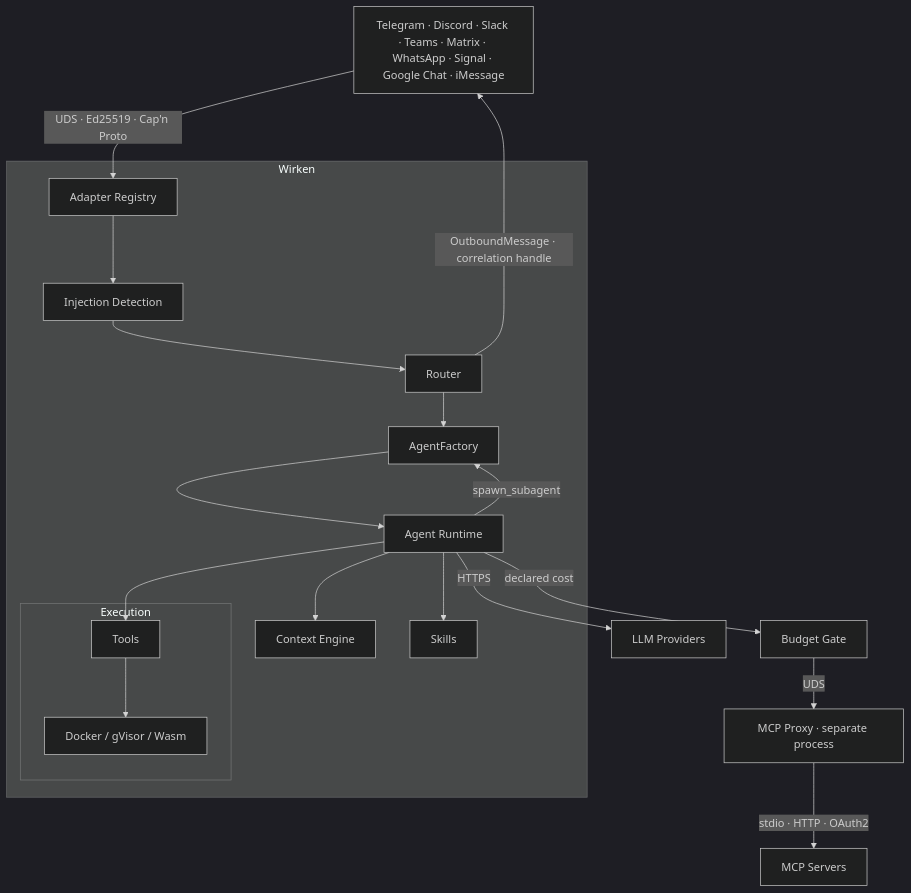
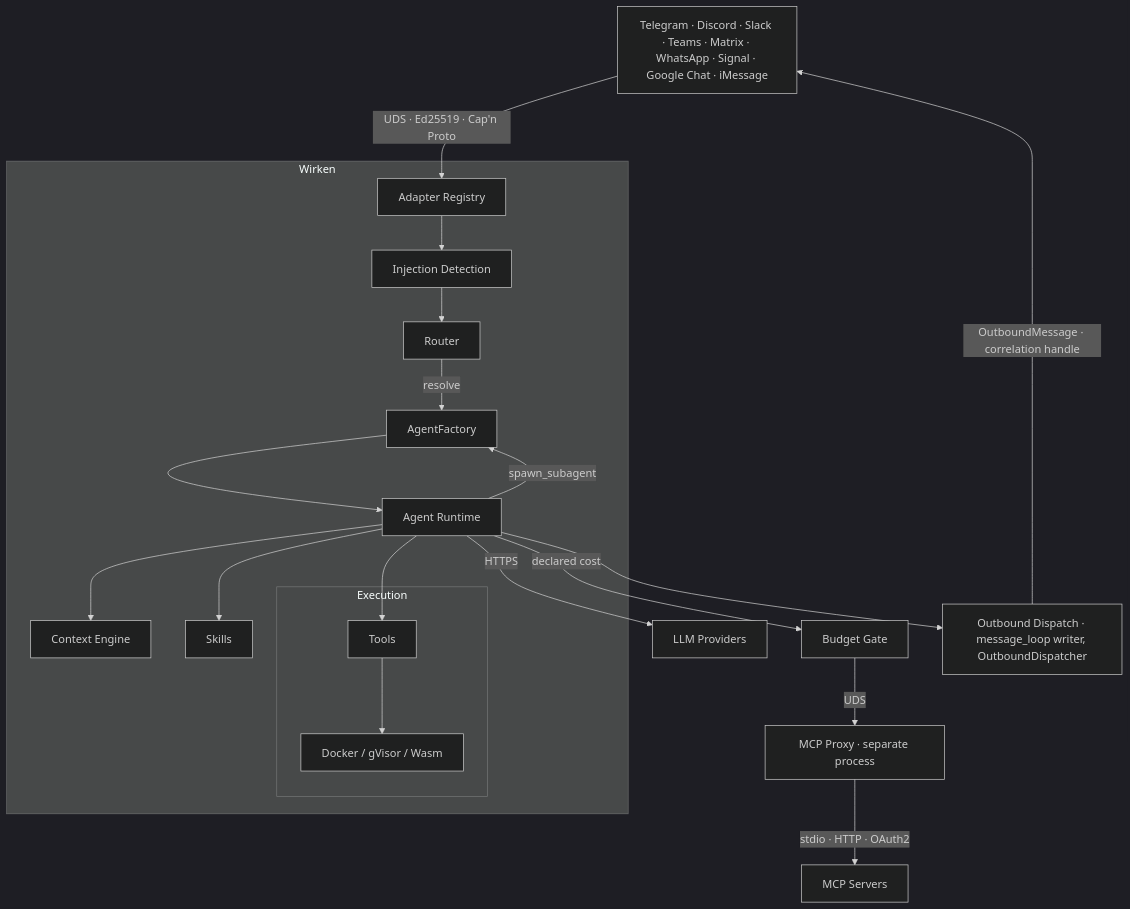
Before and after one commit to gebruder/wirken: the first of 2 diagrams in README.md, drawn with Mermaid (dark theme). The commit also changed other lines of this file, not shown here.

Commit message:
Attribute the outbound edge to the code that writes it
The outbound message and the delivery rows leave from an Outbound
Dispatch node, covering message_loop's adapter writer and
OutboundDispatcher, which are what write the frame and append
delivery_confirmed or delivery_failed. Router keeps its resolve edge
into the factory and nothing else; it maps channel and conversation to
an agent and performs no write.

````diff
--- a/README.md
+++ b/README.md
@@ -174,27 +174,28 @@
 ```mermaid
 graph TD
     Channels["Telegram · Discord · Slack · Teams · Matrix · WhatsApp · Signal · Google Chat · iMessage"]
     Channels -- "UDS · Ed25519 · Cap'n Proto" --> Registry[Adapter Registry]
 
     subgraph Wirken
         Registry --> Detect[Injection Detection]
         Detect --> Router
-        Router --> Factory[AgentFactory]
+        Router -- "resolve" --> Factory[AgentFactory]
         Factory --> Agent[Agent Runtime]
         Agent --> Context[Context Engine]
         Agent --> Skills
         Agent --> Tools
 
         subgraph Execution
             Tools --> Sandbox[Docker / gVisor / Wasm]
         end
     end
 
     Agent -- "spawn_subagent" --> Factory
     Agent -- HTTPS --> LLM[LLM Providers]
     Agent -- "declared cost" --> Budget[Budget Gate]
     Budget -- "UDS" --> McpProxy["MCP Proxy · separate process"]
     McpProxy -- "stdio · HTTP · OAuth2" --> McpServers[MCP Servers]
 
-    Router -- "OutboundMessage · correlation handle" --> Channels
+    Agent --> Outbound["Outbound Dispatch · message_loop writer, OutboundDispatcher"]
+    Outbound -- "OutboundMessage · correlation handle" --> Channels
 ```
````
